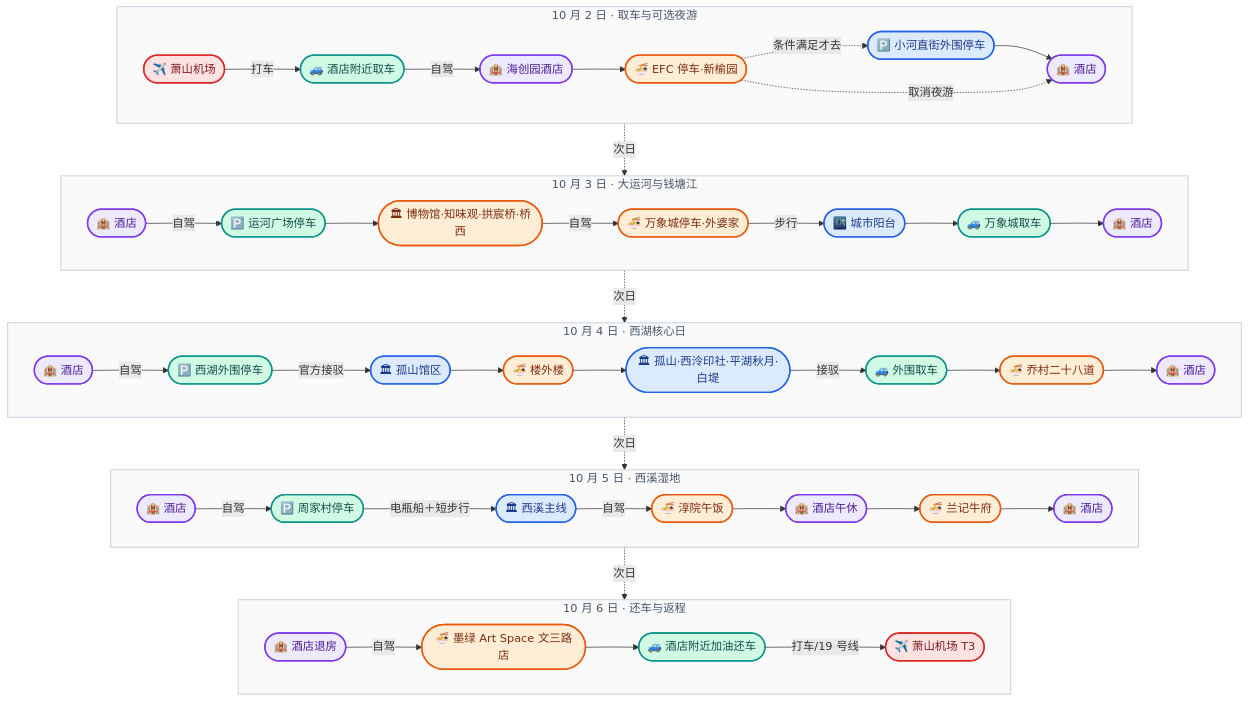
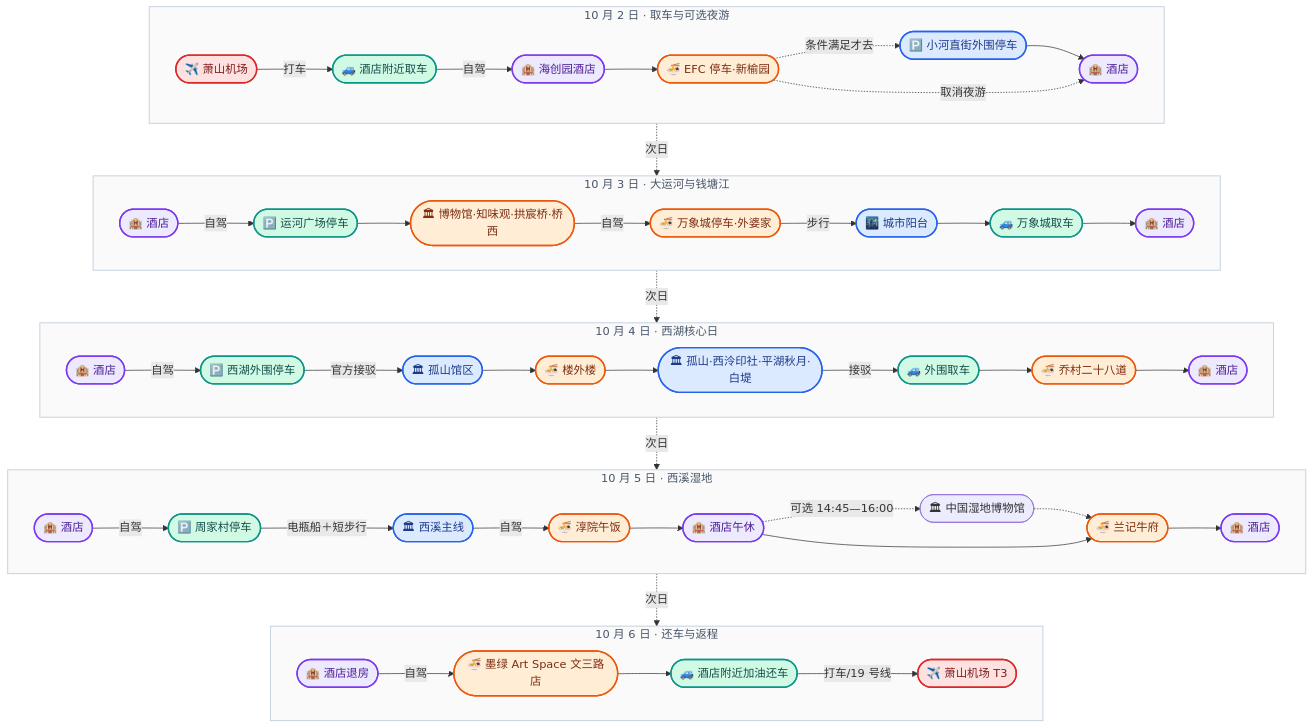
One commit to TheShadow178/hangzhou-trip changed the second of 3 diagrams in docs/traffic.md. Above: the diagram before and after it, drawn with Mermaid. The commit also changed other lines of this file and 2 other files, not shown here.

First line of the commit message:
10/5 下午新增可选：中国湿地博物馆

````diff
--- a/docs/traffic.md
+++ b/docs/traffic.md
@@ -191,66 +191,68 @@
 ```mermaid
 %%{init: {'theme':'base', 'themeVariables': {'fontFamily':'-apple-system, "PingFang SC", "Microsoft YaHei", sans-serif','lineColor':'#94a3b8','primaryColor':'#ffffff','primaryBorderColor':'#94a3b8','primaryTextColor':'#0f172a','fontSize':'13px'}}}%%
 flowchart TB
   subgraph C02["10 月 2 日 · 取车与可选夜游"]
     direction LR
     C02A(["✈️ 萧山机场"]) -->|打车| C02B(["🚙 酒店附近取车"])
     C02B -->|自驾| C02C(["🏨 海创园酒店"])
     C02C --> C02D(["🍜 EFC 停车·新榆园"])
     C02D -.->|条件满足才去| C02E(["🅿️ 小河直街外围停车"])
     C02E --> C02F(["🏨 酒店"])
     C02D -. 取消夜游 .-> C02F
   end
   subgraph C03["10 月 3 日 · 大运河与钱塘江"]
     direction LR
     C03A(["🏨 酒店"]) -->|自驾| C03B(["🅿️ 运河广场停车"])
     C03B --> C03C(["🏛 博物馆·知味观·拱宸桥·桥西"])
     C03C -->|自驾| C03D(["🍜 万象城停车·外婆家"])
     C03D -->|步行| C03E(["🌃 城市阳台"])
     C03E --> C03F(["🚙 万象城取车"])
     C03F --> C03G(["🏨 酒店"])
   end
   subgraph C04["10 月 4 日 · 西湖核心日"]
     direction LR
     C04A(["🏨 酒店"]) -->|自驾| C04B(["🅿️ 西湖外围停车"])
     C04B -->|官方接驳| C04C(["🏛 孤山馆区"])
     C04C --> C04D(["🍜 楼外楼"])
     C04D --> C04E(["🏛 孤山·西泠印社·平湖秋月·白堤"])
     C04E -->|接驳| C04F(["🚙 外围取车"])
     C04F --> C04G(["🍜 乔村二十八道"])
     C04G --> C04H(["🏨 酒店"])
   end
   subgraph C05["10 月 5 日 · 西溪湿地"]
     direction LR
     C05A(["🏨 酒店"]) -->|自驾| C05B(["🅿️ 周家村停车"])
     C05B -->|电瓶船＋短步行| C05C(["🏛 西溪主线"])
     C05C -->|自驾| C05D(["🍜 淳院午饭"])
     C05D --> C05E(["🏨 酒店午休"])
+    C05E -.->|可选 14:45—16:00| C05H(["🏛 中国湿地博物馆"])
+    C05H -.-> C05F(["🍜 兰记牛府"])
     C05E --> C05F(["🍜 兰记牛府"])
     C05F --> C05G(["🏨 酒店"])
   end
   subgraph C06["10 月 6 日 · 还车与返程"]
     direction LR
     C06A(["🏨 酒店退房"]) -->|自驾| C06B(["🍜 墨绿 Art Space 文三路店"])
     C06B --> C06C(["🚙 酒店附近加油还车"])
     C06C -->|打车/19 号线| C06D(["✈️ 萧山机场 T3"])
   end
   C02F -.->|次日| C03A
   C03G -.->|次日| C04A
   C04H -.->|次日| C05A
   C05G -.->|次日| C06A
   classDef cAir fill:#fee2e2,stroke:#dc2626,stroke-width:2px,color:#7f1d1d
   classDef cStay fill:#ede9fe,stroke:#7c3aed,stroke-width:2px,color:#4c1d95
   classDef cFood fill:#ffedd5,stroke:#ea580c,stroke-width:2px,color:#7c2d12
   classDef cSee fill:#dbeafe,stroke:#2563eb,stroke-width:2px,color:#1e3a8a
   classDef cMove fill:#d1fae5,stroke:#0d9488,stroke-width:2px,color:#134e4a
   class C02A,C06D cAir
   class C02B,C03B,C03F,C04B,C04F,C05B,C06C cMove
   class C02C,C02F,C03A,C03G,C04A,C04H,C05A,C05E,C05G,C06A cStay
   class C02D,C03C,C03D,C04D,C04G,C05D,C05F,C06B cFood
   class C02E,C03E,C04C,C04E,C05C cSee
   style C02 fill:#fafafa,stroke:#cbd5e1,stroke-width:1.5px,color:#475569
   style C03 fill:#fafafa,stroke:#cbd5e1,stroke-width:1.5px,color:#475569
   style C04 fill:#fafafa,stroke:#cbd5e1,stroke-width:1.5px,color:#475569
   style C05 fill:#fafafa,stroke:#cbd5e1,stroke-width:1.5px,color:#475569
   style C06 fill:#fafafa,stroke:#cbd5e1,stroke-width:1.5px,color:#475569
 ```
````
